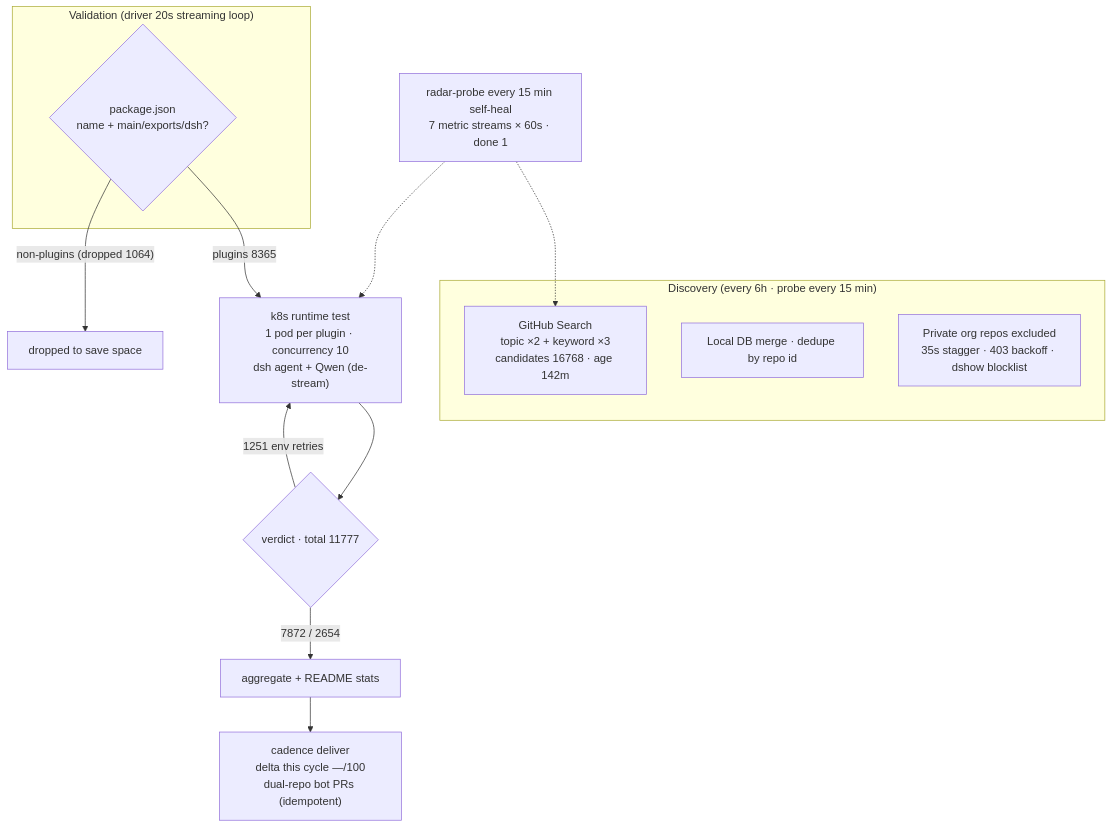
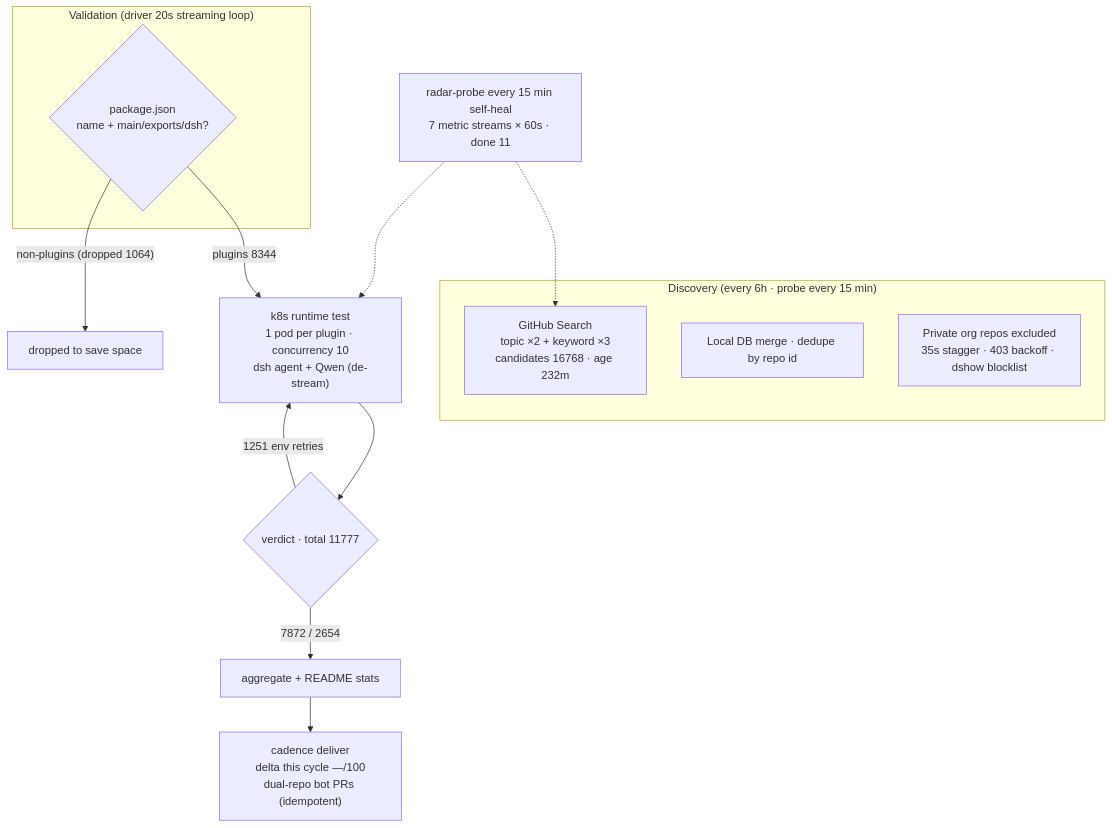
One commit to AdamPlatin123/awesome-dsh-plugins changed the diagram in README.en-US.md. Above: the diagram before and after it, drawn with Mermaid. The commit also changed other lines of this file and 5 other files, not shown here.

````diff
--- a/README.en-US.md
+++ b/README.en-US.md
@@ -45,20 +45,20 @@
 ```mermaid
 flowchart TB
     subgraph Discovery["Discovery (every 6h · probe every 15 min)"]
-        A1["GitHub Search<br/>topic ×2 + keyword ×3<br/>candidates 16768 · age 142m"]
+        A1["GitHub Search<br/>topic ×2 + keyword ×3<br/>candidates 16768 · age 232m"]
         A2["Local DB merge · dedupe by repo id"]
         A3["Private org repos excluded<br/>35s stagger · 403 backoff · dshow blocklist"]
     end
     subgraph Validation["Validation (driver 20s streaming loop)"]
         B1{"package.json<br/>name + main/exports/dsh?"}
     end
-    B1 -->|"plugins 8365"| C1["k8s runtime test<br/>1 pod per plugin · concurrency 10<br/>dsh agent + Qwen (de-stream)"]
+    B1 -->|"plugins 8344"| C1["k8s runtime test<br/>1 pod per plugin · concurrency 10<br/>dsh agent + Qwen (de-stream)"]
     B1 -->|"non-plugins (dropped 1064)"| B3["dropped to save space"]
     C1 --> D1{"verdict · total 11777"}
     D1 -->|"7872 / 2654"| E1["aggregate + README stats"]
     D1 -->|"1251 env retries"| C1
     E1 --> E2["cadence deliver<br/>delta this cycle —/100<br/>dual-repo bot PRs (idempotent)"]
-    M["radar-probe every 15 min self-heal<br/>7 metric streams × 60s · done 1"]
+    M["radar-probe every 15 min self-heal<br/>7 metric streams × 60s · done 11"]
     M -.-> A1
     M -.-> C1
 ```
````
